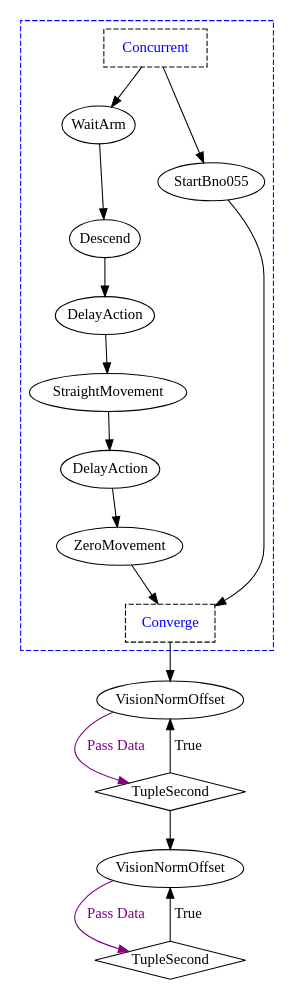
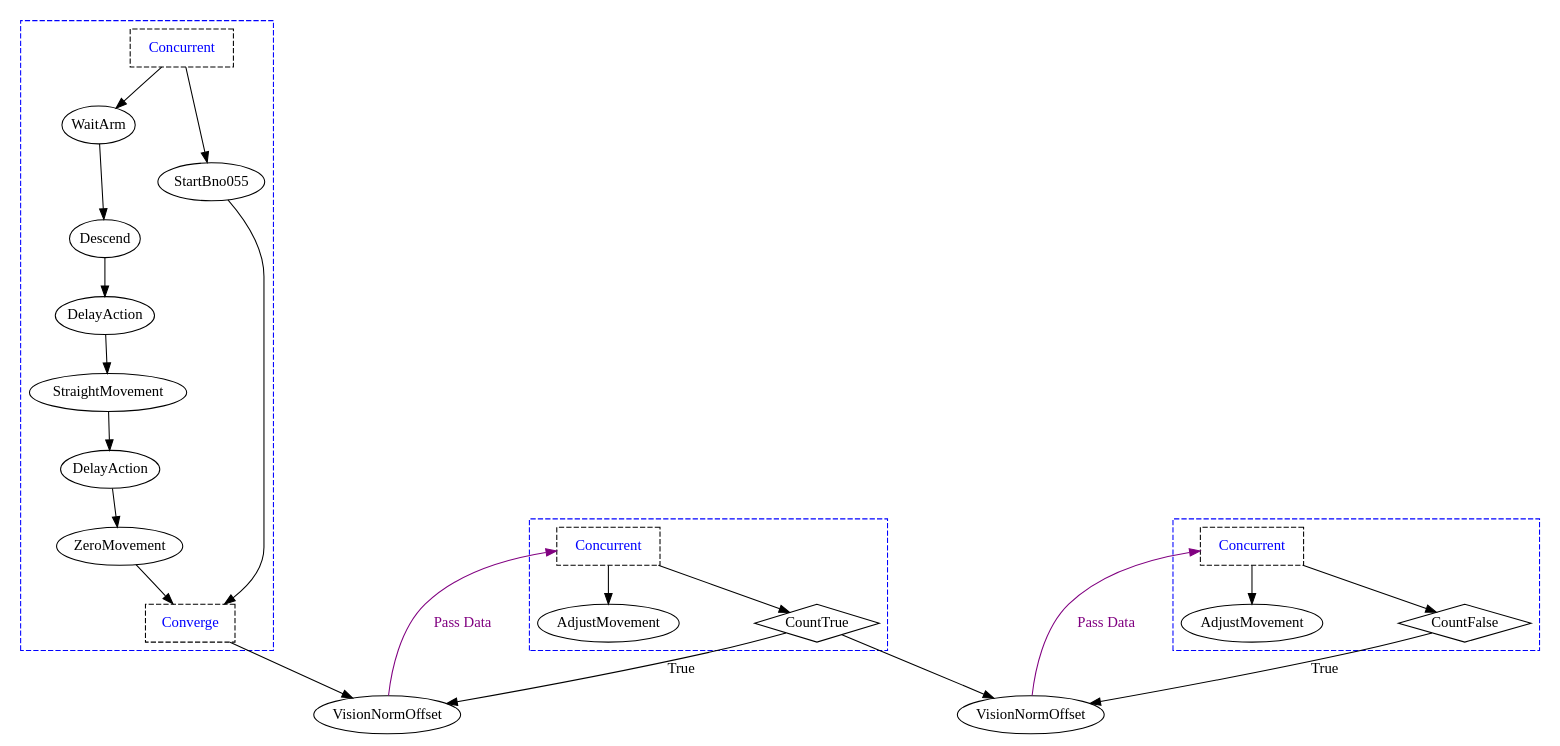
The diagram in graphs/pool_test_2_17_24/basic/gate_run.dot (ncsurobotics/SW8S-Rust), drawn with Graphviz before and after one commit. The commit also changed 9 other files, not shown here.

```diff
--- a/graphs/pool_test_2_17_24/basic/gate_run.dot
+++ b/graphs/pool_test_2_17_24/basic/gate_run.dot
@@ -1,39 +1,55 @@
 digraph G {
 splines = true;
 nodesep = 1.0;
 bgcolor = "none";
-subgraph "cluster_8db5bd4a-db28-4c5a-b328-fb0111239b2b" {
+subgraph "cluster_81bb9a4b-0846-4052-9723-651138dc6a7a" {
 style = dashed;
 color = blue;
-"3ee7fc99-746e-4ed8-826f-15d19a2896aa" [label = "Concurrent", shape = box, fontcolor = blue, style = dashed];
-"241eb299-7365-4448-82c7-abda20914f9e" [label = "Converge", shape = box, fontcolor = blue, style = dashed];
-"119c063e-432b-4944-87f2-37069018db8d" [label = "WaitArm", margin = 0];
-"5b356c89-15e5-43ea-a064-717da1978c69" [label = "Descend", margin = 0];
-"7fabca96-b836-4cc3-b3f4-2ee8ced8c6ba" [label = "DelayAction", margin = 0];
-"5b356c89-15e5-43ea-a064-717da1978c69" -> "7fabca96-b836-4cc3-b3f4-2ee8ced8c6ba";
-"180fbead-5edf-457c-adde-3a8d5602a93a" [label = "StraightMovement", margin = 0];
-"51c25b2f-1a30-4807-ab09-3f2cac1ff309" [label = "DelayAction", margin = 0];
-"180fbead-5edf-457c-adde-3a8d5602a93a" -> "51c25b2f-1a30-4807-ab09-3f2cac1ff309";
-"a4bbda60-40bd-44ca-9a21-633c7bb462cb" [label = "ZeroMovement", margin = 0];
-"51c25b2f-1a30-4807-ab09-3f2cac1ff309" -> "a4bbda60-40bd-44ca-9a21-633c7bb462cb";
-"7fabca96-b836-4cc3-b3f4-2ee8ced8c6ba" -> "180fbead-5edf-457c-adde-3a8d5602a93a";
-"119c063e-432b-4944-87f2-37069018db8d" -> "5b356c89-15e5-43ea-a064-717da1978c69";
-"13439313-bb38-4ac0-9351-327328ddd31c" [label = "StartBno055", margin = 0];
-"3ee7fc99-746e-4ed8-826f-15d19a2896aa" -> "119c063e-432b-4944-87f2-37069018db8d";
-"3ee7fc99-746e-4ed8-826f-15d19a2896aa" -> "13439313-bb38-4ac0-9351-327328ddd31c";
-"a4bbda60-40bd-44ca-9a21-633c7bb462cb" -> "241eb299-7365-4448-82c7-abda20914f9e";
-"13439313-bb38-4ac0-9351-327328ddd31c" -> "241eb299-7365-4448-82c7-abda20914f9e";
+"81060f3f-da32-4c0a-8122-55504647c173" [label = "Concurrent", shape = box, fontcolor = blue, style = dashed];
+"b1c25b1b-bcce-450d-be7f-e28cffcc939c" [label = "WaitArm", margin = 0];
+"00d1ab6c-df16-44f5-8c69-8722b8847e5d" [label = "Descend", margin = 0];
+"316d3aa4-0ebb-4f33-86be-6f79e149c01d" [label = "DelayAction", margin = 0];
+"00d1ab6c-df16-44f5-8c69-8722b8847e5d" -> "316d3aa4-0ebb-4f33-86be-6f79e149c01d";
+"41bf51ff-e018-41fc-b4ad-feba04211ed3" [label = "StraightMovement", margin = 0];
+"5ce78c7a-6510-4774-ba6c-28025c08441c" [label = "DelayAction", margin = 0];
+"41bf51ff-e018-41fc-b4ad-feba04211ed3" -> "5ce78c7a-6510-4774-ba6c-28025c08441c";
+"12846165-ea1a-4ca5-867a-9347df372f75" [label = "ZeroMovement", margin = 0];
+"5ce78c7a-6510-4774-ba6c-28025c08441c" -> "12846165-ea1a-4ca5-867a-9347df372f75";
+"316d3aa4-0ebb-4f33-86be-6f79e149c01d" -> "41bf51ff-e018-41fc-b4ad-feba04211ed3";
+"b1c25b1b-bcce-450d-be7f-e28cffcc939c" -> "00d1ab6c-df16-44f5-8c69-8722b8847e5d";
+"fc1adfee-2119-42aa-ab6d-d65209c459cd" [label = "StartBno055", margin = 0];
+"81060f3f-da32-4c0a-8122-55504647c173" -> "b1c25b1b-bcce-450d-be7f-e28cffcc939c";
+"81060f3f-da32-4c0a-8122-55504647c173" -> "fc1adfee-2119-42aa-ab6d-d65209c459cd";
+"2084a7d8-fceb-4c6e-a2cf-410d0ad18cd4" [label = "Converge", shape = box, fontcolor = blue, style = dashed];
+"12846165-ea1a-4ca5-867a-9347df372f75" -> "2084a7d8-fceb-4c6e-a2cf-410d0ad18cd4";
+"fc1adfee-2119-42aa-ab6d-d65209c459cd" -> "2084a7d8-fceb-4c6e-a2cf-410d0ad18cd4";
 }
-"cd0aa6c0-6c67-44f7-aa5f-b2a78486bc0e" [label = "VisionNormOffset", margin = 0];
-"73b8fcb3-da56-43d2-ad8b-f33f60657705" [label = "TupleSecond", margin = 0];
-"cd0aa6c0-6c67-44f7-aa5f-b2a78486bc0e" -> "73b8fcb3-da56-43d2-ad8b-f33f60657705" [color = purple, fontcolor = purple, label = "Pass Data"];
-"73b8fcb3-da56-43d2-ad8b-f33f60657705" [shape = diamond];
-"73b8fcb3-da56-43d2-ad8b-f33f60657705" -> "cd0aa6c0-6c67-44f7-aa5f-b2a78486bc0e" [label = "True"];
-"a2aa56b6-e7c8-4d39-ac03-999bad7279ab" [label = "VisionNormOffset", margin = 0];
-"61a4c846-8591-468b-a225-ea2a44ad37c3" [label = "TupleSecond", margin = 0];
-"a2aa56b6-e7c8-4d39-ac03-999bad7279ab" -> "61a4c846-8591-468b-a225-ea2a44ad37c3" [color = purple, fontcolor = purple, label = "Pass Data"];
-"61a4c846-8591-468b-a225-ea2a44ad37c3" [shape = diamond];
-"61a4c846-8591-468b-a225-ea2a44ad37c3" -> "a2aa56b6-e7c8-4d39-ac03-999bad7279ab" [label = "True"];
-"73b8fcb3-da56-43d2-ad8b-f33f60657705" -> "a2aa56b6-e7c8-4d39-ac03-999bad7279ab";
-"241eb299-7365-4448-82c7-abda20914f9e" -> "cd0aa6c0-6c67-44f7-aa5f-b2a78486bc0e";
+"45825722-4692-4c22-8adf-3178debc1019" [label = "VisionNormOffset", margin = 0];
+subgraph "cluster_47c9f9df-2afc-44df-8d33-9c9f8fe7d1fd" {
+style = dashed;
+color = blue;
+"6de9ae04-1c1b-4d9c-a7c5-68a14016b763" [label = "Concurrent", shape = box, fontcolor = blue, style = dashed];
+"89d102f9-a456-40bf-bc7e-0ae1124dbe51" [label = "AdjustMovement", margin = 0];
+"97ae5005-8f82-4ceb-ba93-6559b59d413f" [label = "CountTrue", margin = 0];
+"6de9ae04-1c1b-4d9c-a7c5-68a14016b763" -> "89d102f9-a456-40bf-bc7e-0ae1124dbe51";
+"6de9ae04-1c1b-4d9c-a7c5-68a14016b763" -> "97ae5005-8f82-4ceb-ba93-6559b59d413f";
 }
+"45825722-4692-4c22-8adf-3178debc1019" -> "6de9ae04-1c1b-4d9c-a7c5-68a14016b763" [color = purple, fontcolor = purple, label = "Pass Data"];
+"97ae5005-8f82-4ceb-ba93-6559b59d413f" [shape = diamond];
+"97ae5005-8f82-4ceb-ba93-6559b59d413f" -> "45825722-4692-4c22-8adf-3178debc1019" [label = "True"];
+"5fcc0cbc-f8db-4600-9b74-00bbff2658c9" [label = "VisionNormOffset", margin = 0];
+subgraph "cluster_e48bfc43-2fbc-4844-a715-c5a53970bbc0" {
+style = dashed;
+color = blue;
+"adfd8cb9-e205-476b-8b24-e8f8e103f6d6" [label = "Concurrent", shape = box, fontcolor = blue, style = dashed];
+"38066a17-32e0-45b5-9c81-f51280a3c6f8" [label = "AdjustMovement", margin = 0];
+"9d03962e-2958-4a69-8a00-9c8b99a953ba" [label = "CountFalse", margin = 0];
+"adfd8cb9-e205-476b-8b24-e8f8e103f6d6" -> "38066a17-32e0-45b5-9c81-f51280a3c6f8";
+"adfd8cb9-e205-476b-8b24-e8f8e103f6d6" -> "9d03962e-2958-4a69-8a00-9c8b99a953ba";
+}
+"5fcc0cbc-f8db-4600-9b74-00bbff2658c9" -> "adfd8cb9-e205-476b-8b24-e8f8e103f6d6" [color = purple, fontcolor = purple, label = "Pass Data"];
+"9d03962e-2958-4a69-8a00-9c8b99a953ba" [shape = diamond];
+"9d03962e-2958-4a69-8a00-9c8b99a953ba" -> "5fcc0cbc-f8db-4600-9b74-00bbff2658c9" [label = "True"];
+"97ae5005-8f82-4ceb-ba93-6559b59d413f" -> "5fcc0cbc-f8db-4600-9b74-00bbff2658c9";
+"2084a7d8-fceb-4c6e-a2cf-410d0ad18cd4" -> "45825722-4692-4c22-8adf-3178debc1019";
+}
```
